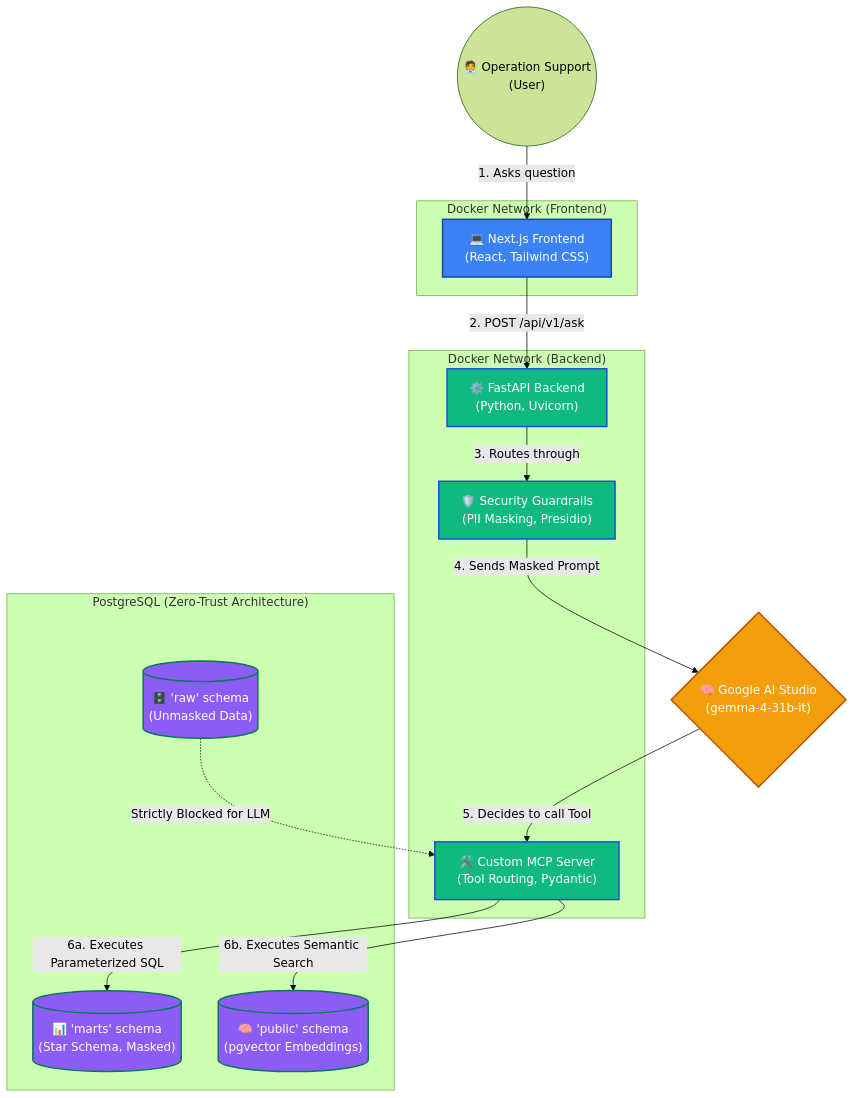
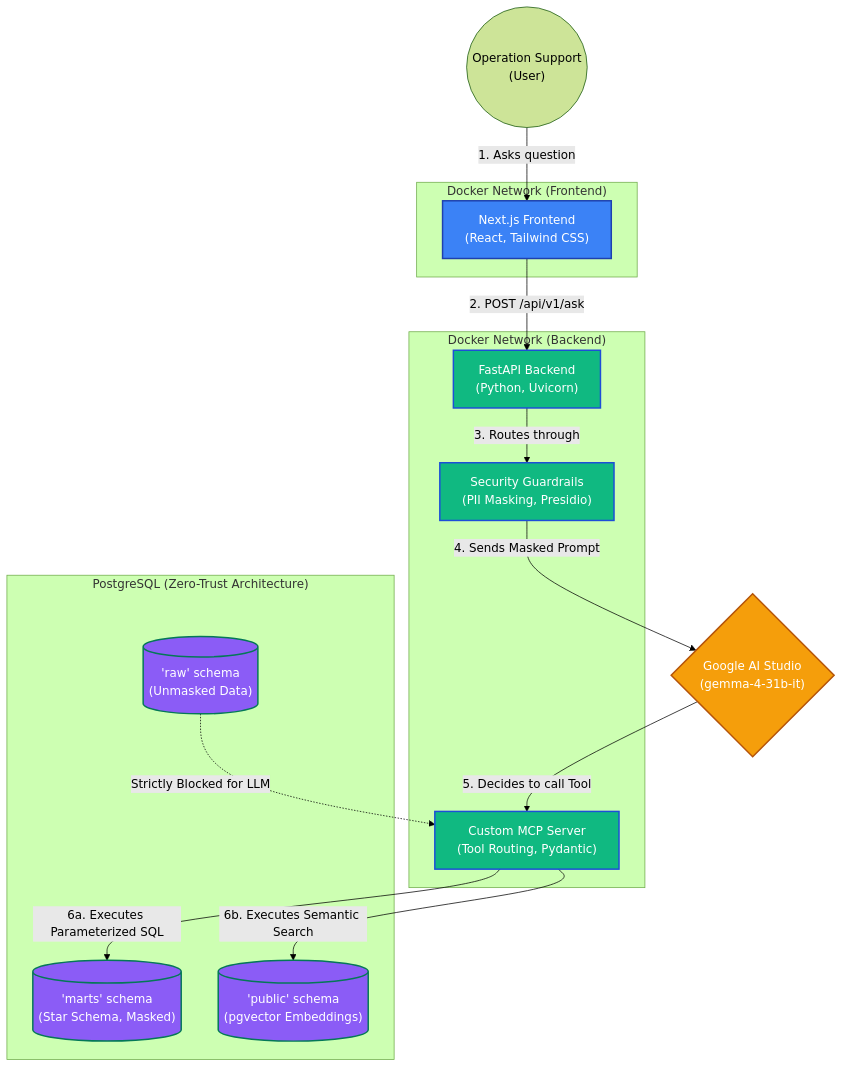
Before and after one commit to JinnawatJid/dBank: the first of 3 diagrams in docs/interview_prep/ARCHITECTURE_DIAGRAMS.md, drawn with Mermaid (forest theme). The commit also changed other lines of this file, not shown here.

First line of the commit message:
docs: fix Mermaid syntax and remove emojis for corporate presentation

````diff
--- a/docs/interview_prep/ARCHITECTURE_DIAGRAMS.md
+++ b/docs/interview_prep/ARCHITECTURE_DIAGRAMS.md
@@ -10,42 +10,42 @@
 ```mermaid
 graph TD
     %% Define Styles
     classDef frontend fill:#3b82f6,stroke:#1e40af,color:white,stroke-width:2px;
     classDef backend fill:#10b981,stroke:#1d4ed8,color:white,stroke-width:2px;
     classDef db fill:#8b5cf6,stroke:#047857,color:white,stroke-width:2px;
     classDef ai fill:#f59e0b,stroke:#b45309,color:white,stroke-width:2px;
     classDef external fill:#6b7280,stroke:#374151,color:white,stroke-width:2px;
 
     %% Nodes
-    User(("🧑‍💼 Operation Support\n(User)"))
+    User(("Operation Support\n(User)"))
 
     subgraph "Docker Network (Frontend)"
-        UI["💻 Next.js Frontend\n(React, Tailwind CSS)"]:::frontend
+        UI["Next.js Frontend\n(React, Tailwind CSS)"]:::frontend
     end
 
     subgraph "Docker Network (Backend)"
-        API["⚙️ FastAPI Backend\n(Python, Uvicorn)"]:::backend
-        MCP["🛠️ Custom MCP Server\n(Tool Routing, Pydantic)"]:::backend
-        Masker["🛡️ Security Guardrails\n(PII Masking, Presidio)"]:::backend
+        API["FastAPI Backend\n(Python, Uvicorn)"]:::backend
+        MCP["Custom MCP Server\n(Tool Routing, Pydantic)"]:::backend
+        Masker["Security Guardrails\n(PII Masking, Presidio)"]:::backend
     end
 
     subgraph "PostgreSQL (Zero-Trust Architecture)"
-        DB_RAW[("🗄️ 'raw' schema\n(Unmasked Data)")]:::db
-        DB_MART[("📊 'marts' schema\n(Star Schema, Masked)")]:::db
-        DB_VEC[("🧠 'public' schema\n(pgvector Embeddings)")]:::db
+        DB_RAW[("'raw' schema\n(Unmasked Data)")]:::db
+        DB_MART[("'marts' schema\n(Star Schema, Masked)")]:::db
+        DB_VEC[("'public' schema\n(pgvector Embeddings)")]:::db
     end
 
-    LLM{"🧠 Google AI Studio\n(gemma-4-31b-it)"}:::ai
+    LLM{"Google AI Studio\n(gemma-4-31b-it)"}:::ai
 
     %% Relationships
     User -- "1. Asks question" --> UI
     UI -- "2. POST /api/v1/ask" --> API
     API -- "3. Routes through" --> Masker
     Masker -- "4. Sends Masked Prompt" --> LLM
     LLM -- "5. Decides to call Tool" --> MCP
     MCP -- "6a. Executes Parameterized SQL" --> DB_MART
     MCP -- "6b. Executes Semantic Search" --> DB_VEC
 
     %% Security constraints
     DB_RAW -. "Strictly Blocked for LLM" .-> MCP
 ```
````
